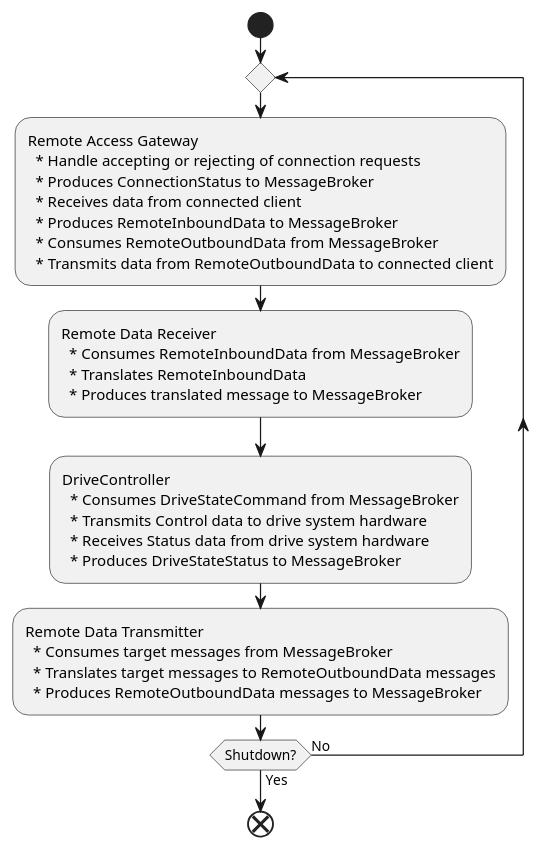
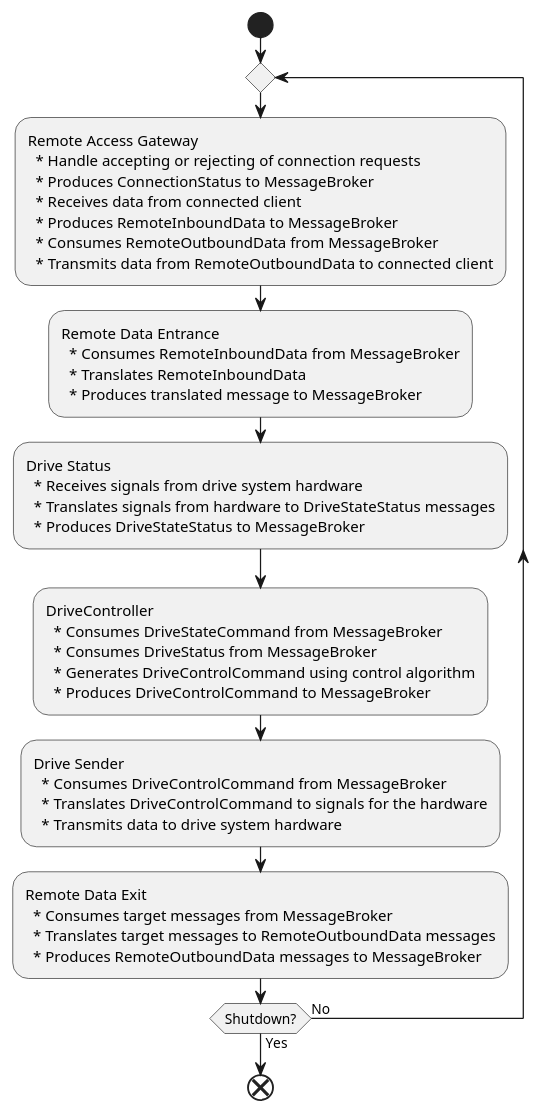
The diagram in design/service-flow.puml (The-Arkitekt/the-robot), drawn with PlantUML before and after one commit. The commit also changed 1 other file, not shown here.

Commit message:
modifiedd service flow and remote drive control sequence diagram

```diff
--- a/design/service-flow.puml
+++ b/design/service-flow.puml
@@ -1,34 +1,44 @@
 @startuml
 
 start
 
 repeat
 :Remote Access Gateway
   * Handle accepting or rejecting of connection requests
   * Produces ConnectionStatus to MessageBroker
   * Receives data from connected client
   * Produces RemoteInboundData to MessageBroker
   * Consumes RemoteOutboundData from MessageBroker
   * Transmits data from RemoteOutboundData to connected client; 
 
-:Remote Data Receiver
+:Remote Data Entrance  
   * Consumes RemoteInboundData from MessageBroker
   * Translates RemoteInboundData
   * Produces translated message to MessageBroker;
 
+:Drive Status
+  * Receives signals from drive system hardware
+  * Translates signals from hardware to DriveStateStatus messages
+  * Produces DriveStateStatus to MessageBroker;
+
 :DriveController
   * Consumes DriveStateCommand from MessageBroker
-  * Transmits Control data to drive system hardware
-  * Receives Status data from drive system hardware
-  * Produces DriveStateStatus to MessageBroker;
+  * Consumes DriveStatus from MessageBroker
+  * Generates DriveControlCommand using control algorithm
+  * Produces DriveControlCommand to MessageBroker;
 
-:Remote Data Transmitter
+:Drive Sender
+  * Consumes DriveControlCommand from MessageBroker
+  * Translates DriveControlCommand to signals for the hardware
+  * Transmits data to drive system hardware;
+
+:Remote Data Exit
   * Consumes target messages from MessageBroker
   * Translates target messages to RemoteOutboundData messages
   * Produces RemoteOutboundData messages to MessageBroker;
 
 repeat while (Shutdown?) is (No) not (Yes)
 
 end
 
 @enduml
```
